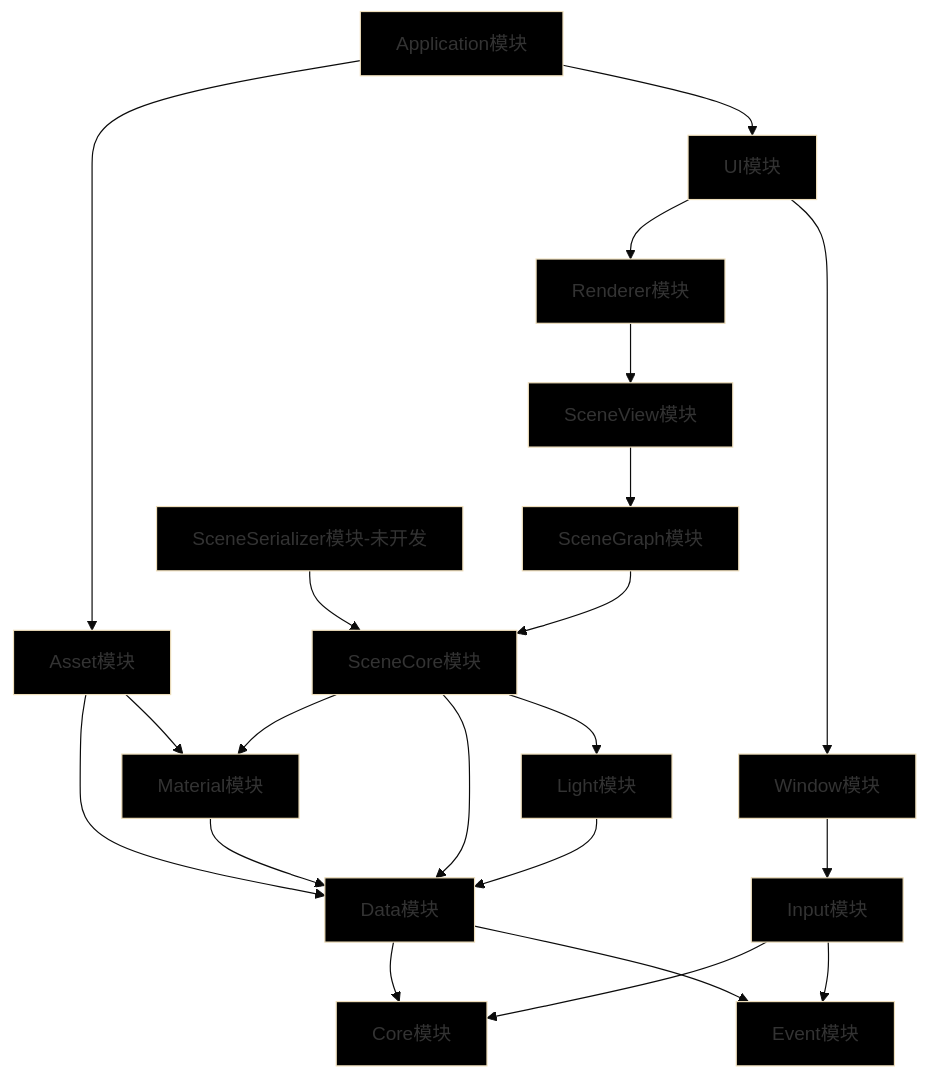
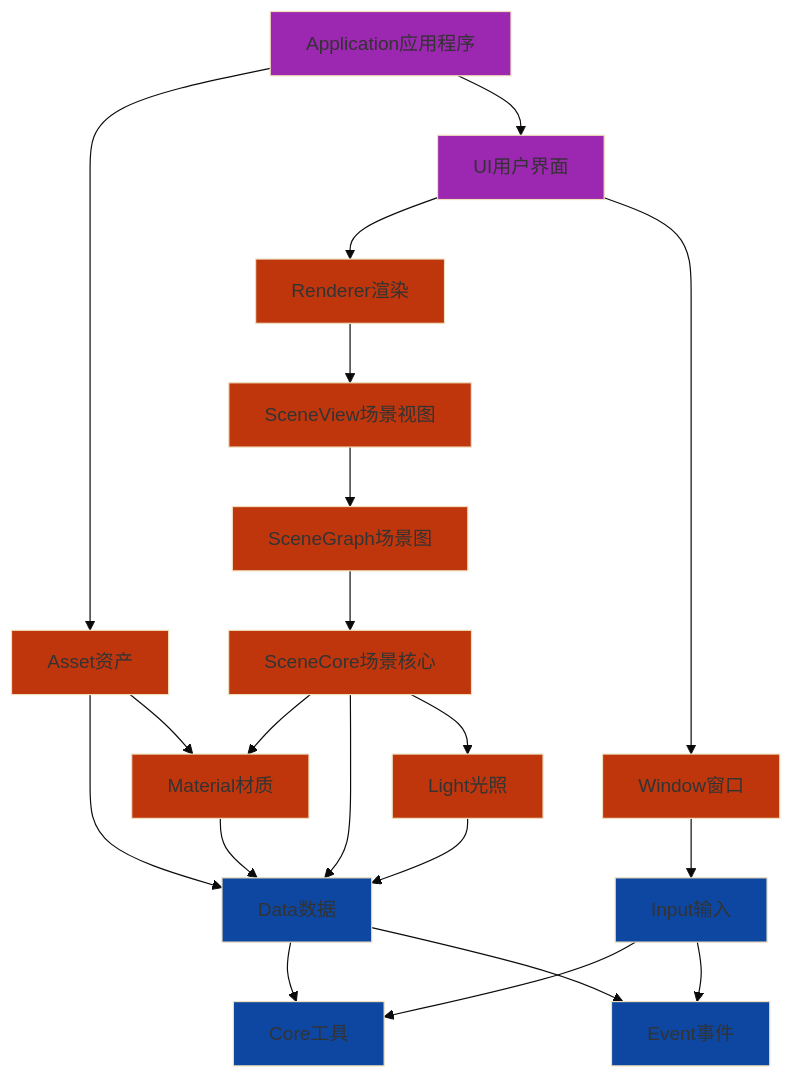
The diagram in Design.md (mite085/MiteEngine), drawn with Mermaid (base theme) before and after one commit. The commit also changed other lines of this file, not shown here.

`````diff
--- a/Design.md
+++ b/Design.md
@@ -48,53 +55,52 @@
 ```mermaid
 graph TD
     %% 最底层模块
-    Core[Core模块]
-    Event[Event模块]
+    Core[Core工具]
+    Event[Event事件]
     
     %% 第二层：仅依赖最底层
-    Input[Input模块] --> Core
+    Input[Input输入] --> Core
     Input --> Event
-    Data[Data模块] --> Core
+    Data[Data数据] --> Core
     Data --> Event
     
     %% 第三层：依赖Data和最底层
-    Material[Material模块] --> Data
-    Light[Light模块] --> Data
+    Material[Material材质] --> Data
+    Light[Light光照] --> Data
     
     %% 第四层：依赖Material/Light和SceneCore
-    Asset[Asset模块] --> Data
+    Asset[Asset资产] --> Data
     Asset --> Material
-    SceneCore[SceneCore模块] --> Material
+    SceneCore[SceneCore场景核心] --> Material
     SceneCore --> Data
     SceneCore --> Light
     
     %% 第五层：依赖SceneCore
-    SceneGraph[SceneGraph模块] --> SceneCore
-    SceneSerializer[SceneSerializer模块-未开发] --> SceneCore
+    SceneGraph[SceneGraph场景图] --> SceneCore
     
     %% 第六层：依赖SceneGraph和SceneCore
-    SceneView[SceneView模块] --> SceneGraph
+    SceneView[SceneView场景视图] --> SceneGraph
     
     %% 第七层：依赖SceneView
-    Renderer[Renderer模块] --> SceneView
+    Renderer[Renderer渲染] --> SceneView
     
     %% 第八层：依赖最底层和Input
-    Window[Window模块] --> Input
+    Window[Window窗口] --> Input
     
     %% 第九层：依赖Renderer和Window
-    UI[UI模块] --> Renderer
+    UI[UI用户界面] --> Renderer
     UI --> Window
     
     %% 最顶层：依赖所有功能模块
-    Application[Application模块] --> Asset
+    Application[Application应用程序] --> Asset
     Application --> UI
 
     %% 样式定义
-    classDef bottom fill:#000000
-    classDef middle fill:#000000
-    classDef top fill:#000000
+    classDef bottom fill:#0d47a1
+    classDef middle fill:#bf360c
+    classDef top fill:#9c27b0
     
-    class Core,Event bottom
-    class Input,Data,Command,Material,Light,Asset,SceneCore,SceneGraph,SceneSerializer,SceneView,Renderer,Window middle
+    class Input,Data,Core,Event bottom
+    class Command,Material,Light,Asset,SceneCore,SceneGraph,SceneSerializer,SceneView,Renderer,Window middle
     class UI,Application top
 ````
`````
